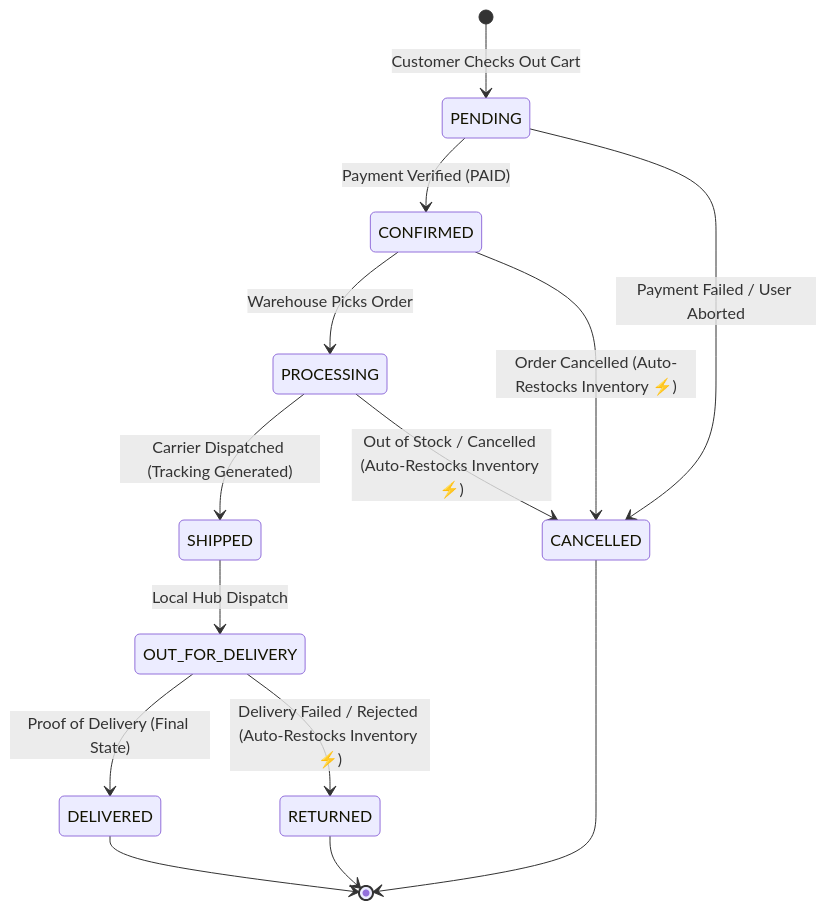
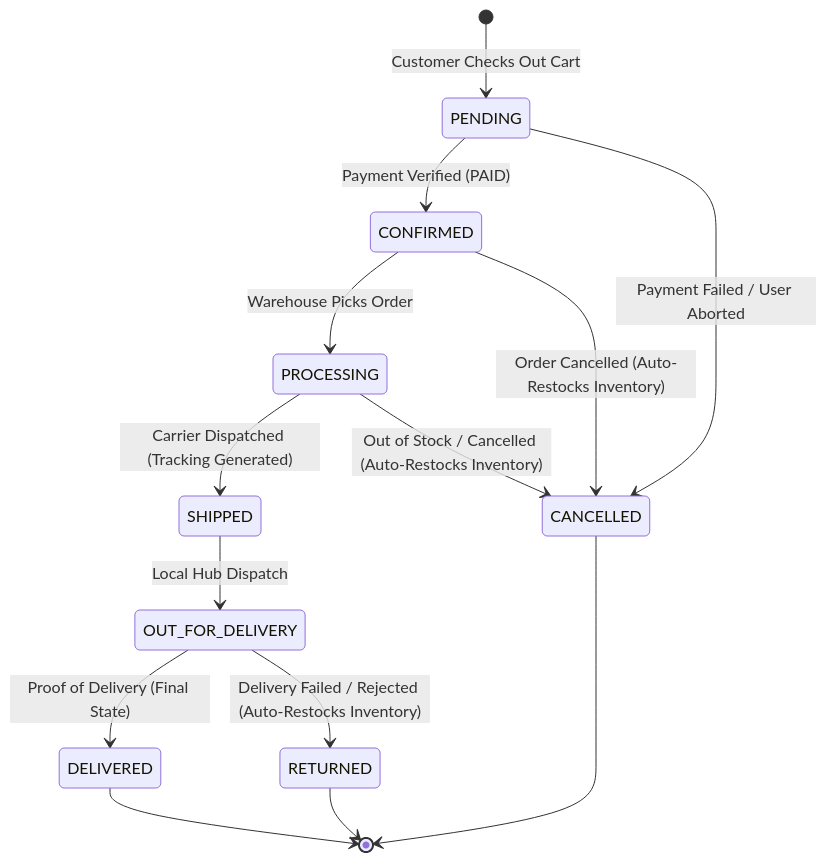
Before and after one commit to Vibhor1127/ai-commerce-intelligence-platform: the fourth of 4 diagrams in README.md, drawn with Mermaid. The commit also changed other lines of this file, not shown here.

Commit message:
docs(readme): polish architecture diagrams, ERD, and comprehensive system documentation

````diff
--- a/README.md
+++ b/README.md
@@ -290,20 +254,20 @@
 ```mermaid
 stateDiagram-v2
     [*] --> PENDING: Customer Checks Out Cart
     PENDING --> CONFIRMED: Payment Verified (PAID)
     PENDING --> CANCELLED: Payment Failed / User Aborted
     
     CONFIRMED --> PROCESSING: Warehouse Picks Order
-    CONFIRMED --> CANCELLED: Order Cancelled (Auto-Restocks Inventory ⚡)
+    CONFIRMED --> CANCELLED: Order Cancelled (Auto-Restocks Inventory)
     
     PROCESSING --> SHIPPED: Carrier Dispatched (Tracking Generated)
-    PROCESSING --> CANCELLED: Out of Stock / Cancelled (Auto-Restocks Inventory ⚡)
+    PROCESSING --> CANCELLED: Out of Stock / Cancelled (Auto-Restocks Inventory)
     
     SHIPPED --> OUT_FOR_DELIVERY: Local Hub Dispatch
     OUT_FOR_DELIVERY --> DELIVERED: Proof of Delivery (Final State)
-    OUT_FOR_DELIVERY --> RETURNED: Delivery Failed / Rejected (Auto-Restocks Inventory ⚡)
+    OUT_FOR_DELIVERY --> RETURNED: Delivery Failed / Rejected (Auto-Restocks Inventory)
     
     DELIVERED --> [*]
     CANCELLED --> [*]
     RETURNED --> [*]
 ```
````
